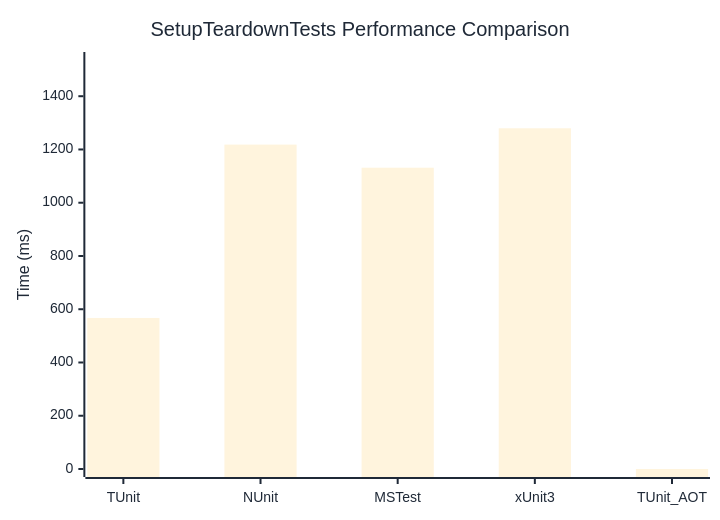
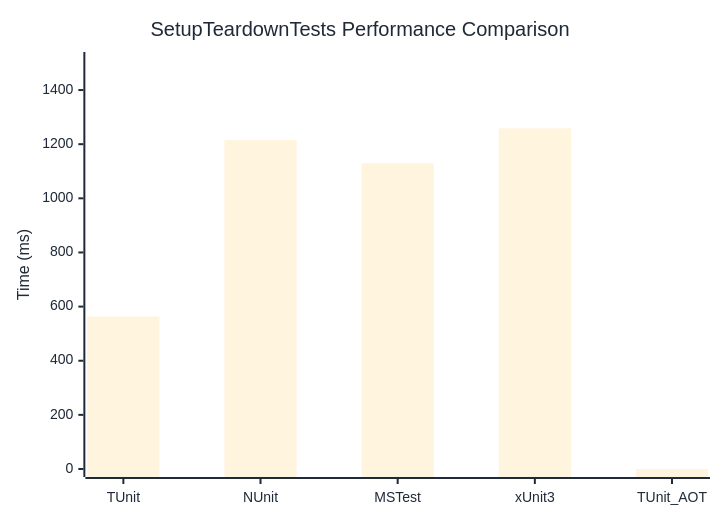
One commit to thomhurst/TUnit changed the diagram in docs/docs/benchmarks/SetupTeardownTests.md. Above: the diagram before and after it, drawn with Mermaid. The commit also changed other lines of this file and 17 other files, not shown here.

````diff
--- a/docs/docs/benchmarks/SetupTeardownTests.md
+++ b/docs/docs/benchmarks/SetupTeardownTests.md
@@ -27,37 +27,37 @@
 ```mermaid
 %%{init: {
   'theme':'base',
   'themeVariables': {
     'primaryColor': '#2563eb',
     'primaryTextColor': '#1f2937',
     'primaryBorderColor': '#1e40af',
     'lineColor': '#6b7280',
     'secondaryColor': '#7c3aed',
     'tertiaryColor': '#dc2626',
     'background': '#ffffff',
     'mainBkg': '#2563eb',
     'secondBkg': '#7c3aed',
     'tertiaryBkg': '#dc2626',
     'clusterBkg': '#f3f4f6',
     'edgeLabelBackground': '#ffffff',
     'tertiaryTextColor': '#1f2937',
     'pie1': '#2563eb',
     'pie2': '#7c3aed',
     'pie3': '#dc2626',
     'pie4': '#f59e0b',
     'pie5': '#10b981',
     'pie6': '#06b6d4',
     'pie7': '#ec4899',
     'pie8': '#6366f1',
     'pie9': '#84cc16',
     'pie10': '#f97316',
     'pie11': '#14b8a6',
     'pie12': '#a855f7'
   }
 }}%%
 xychart-beta
   title "SetupTeardownTests Performance Comparison"
   x-axis ["TUnit", "NUnit", "MSTest", "xUnit3", "TUnit_AOT"]
-  y-axis "Time (ms)" 0 --> 1536
-  bar [567.2, 1218.3, 1131.5, 1279.6, 0]
+  y-axis "Time (ms)" 0 --> 1511
+  bar [563.3, 1215.9, 1129.6, 1258.7, 0]
 ```
````
